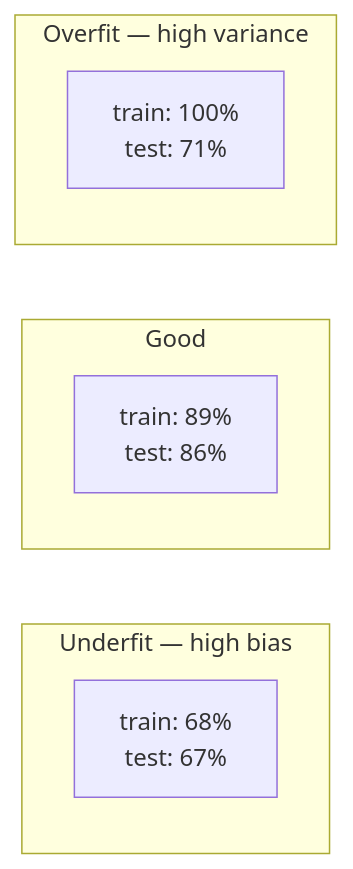
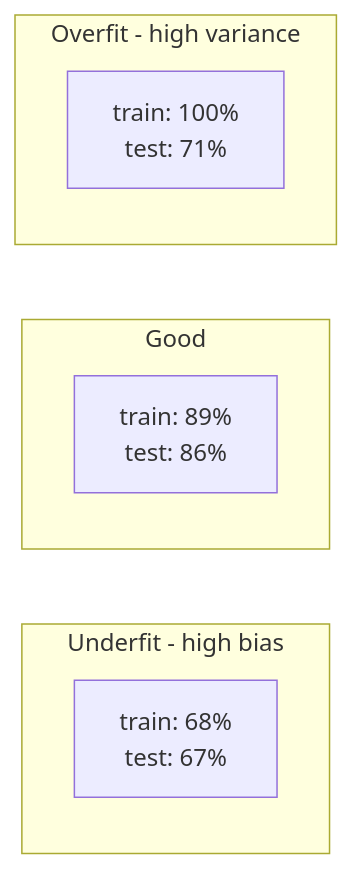
The diagram in src/content/docs/10-ai-engineering/ml-fundamentals.mdx (danielsousaoliveira/cs-fundamentals), drawn with Mermaid before and after one commit. The commit also changed other lines of this file and 139 other files, not shown here.

````diff
--- a/src/content/docs/10-ai-engineering/ml-fundamentals.mdx
+++ b/src/content/docs/10-ai-engineering/ml-fundamentals.mdx
@@ -72,12 +72,12 @@
 ```mermaid
 flowchart LR
-  subgraph U["Underfit — high bias"]
+  subgraph U["Underfit - high bias"]
     U1["train: 68%<br/>test: 67%"]
   end
   subgraph G["Good"]
     G1["train: 89%<br/>test: 86%"]
   end
-  subgraph O["Overfit — high variance"]
+  subgraph O["Overfit - high variance"]
     O1["train: 100%<br/>test: 71%"]
   end
 ```
````
